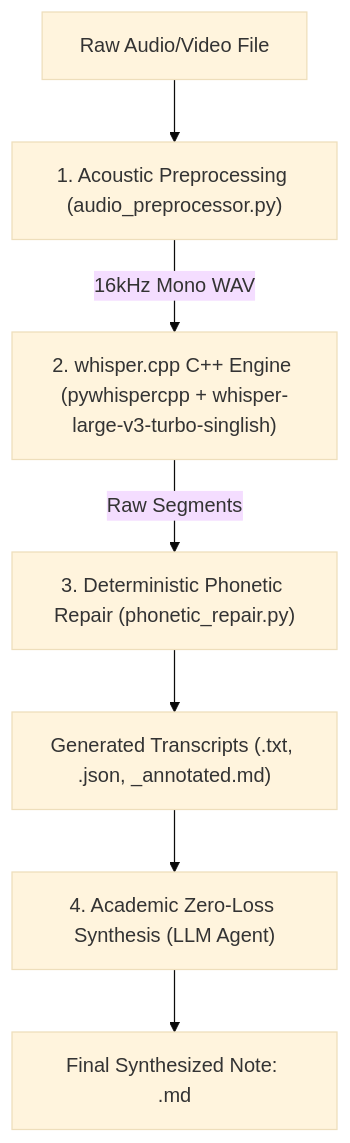
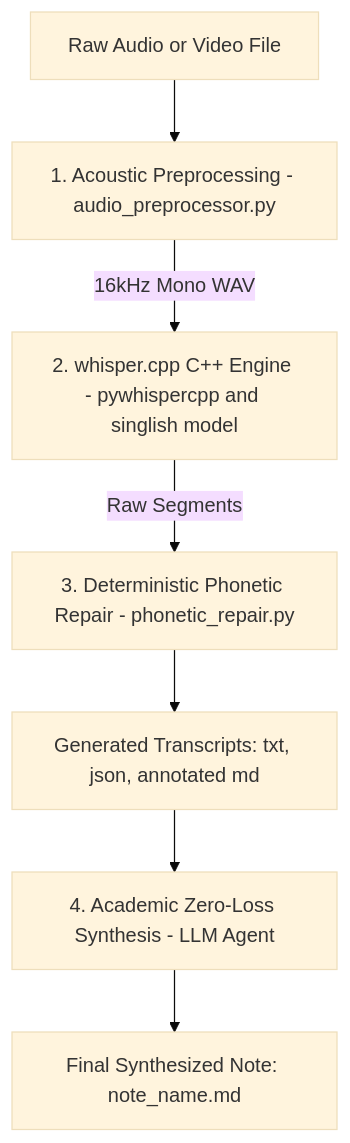
One commit to Fabbbbbbb99/Summarizer changed the second of 4 diagrams in README.md. Above: the diagram before and after it, drawn with Mermaid (base theme). The commit also changed other lines of this file, not shown here.

Commit message:
fix(mermaid): sanitize edge and node labels across diagrams to fix GitHub parser error

````diff
--- a/README.md
+++ b/README.md
@@ -127,9 +135,9 @@
 ```mermaid
 flowchart TD
-    A["Raw Audio/Video File"] --> B["1. Acoustic Preprocessing (audio_preprocessor.py)"]
-    B -->|16kHz Mono WAV| C["2. whisper.cpp C++ Engine (pywhispercpp + whisper-large-v3-turbo-singlish)"]
-    C -->|Raw Segments| D["3. Deterministic Phonetic Repair (phonetic_repair.py)"]
-    D --> E["Generated Transcripts (.txt, .json, _annotated.md)"]
-    E --> F["4. Academic Zero-Loss Synthesis (LLM Agent)"]
-    F --> G["Final Synthesized Note: <note_name>.md"]
+    A["Raw Audio or Video File"] --> B["1. Acoustic Preprocessing - audio_preprocessor.py"]
+    B -->|16kHz Mono WAV| C["2. whisper.cpp C++ Engine - pywhispercpp and singlish model"]
+    C -->|Raw Segments| D["3. Deterministic Phonetic Repair - phonetic_repair.py"]
+    D --> E["Generated Transcripts: txt, json, annotated md"]
+    E --> F["4. Academic Zero-Loss Synthesis - LLM Agent"]
+    F --> G["Final Synthesized Note: note_name.md"]
 ```
````
